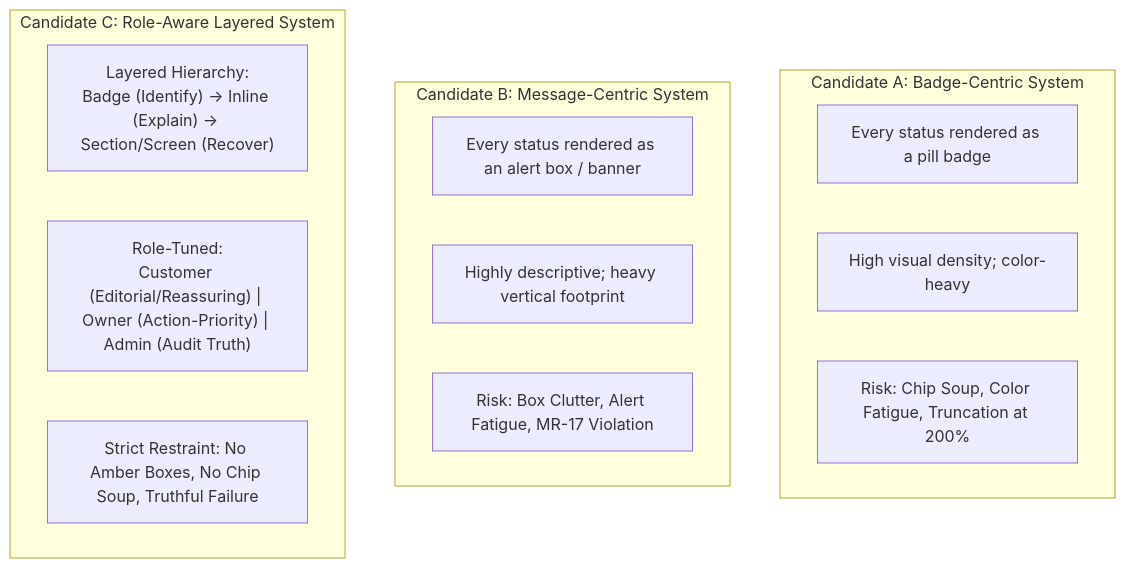
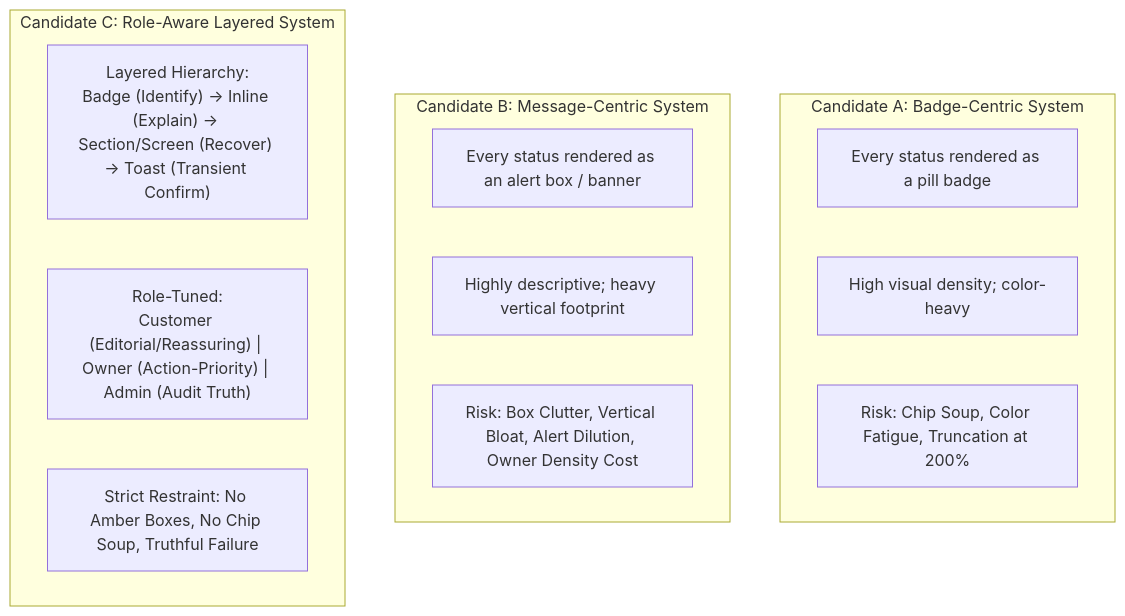
The diagram in DESIGN_SYSTEM/PILOTS/content-state-pilot-01/CONTENT_STATE_EVALUATION.md (Essxm01/KONFRM), drawn with Mermaid before and after one commit. The commit also changed other lines of this file and 11 other files, not shown here.

````diff
--- a/DESIGN_SYSTEM/PILOTS/content-state-pilot-01/CONTENT_STATE_EVALUATION.md
+++ b/DESIGN_SYSTEM/PILOTS/content-state-pilot-01/CONTENT_STATE_EVALUATION.md
@@ -14,20 +14,20 @@
 ```mermaid
 flowchart TD
     subgraph Candidate A [Candidate A: Badge-Centric System]
         A1["Every status rendered as a pill badge"]
         A2["High visual density; color-heavy"]
         A3["Risk: Chip Soup, Color Fatigue, Truncation at 200%"]
     end
 
     subgraph Candidate B [Candidate B: Message-Centric System]
         B1["Every status rendered as an alert box / banner"]
         B2["Highly descriptive; heavy vertical footprint"]
-        B3["Risk: Box Clutter, Alert Fatigue, MR-17 Violation"]
+        B3["Risk: Box Clutter, Vertical Bloat, Alert Dilution, Owner Density Cost"]
     end
 
     subgraph Candidate C [Candidate C: Role-Aware Layered System]
-        C1["Layered Hierarchy:\nBadge (Identify) → Inline (Explain) → Section/Screen (Recover)"]
+        C1["Layered Hierarchy:\nBadge (Identify) → Inline (Explain) → Section/Screen (Recover) → Toast (Transient Confirm)"]
         C2["Role-Tuned:\nCustomer (Editorial/Reassuring) | Owner (Action-Priority) | Admin (Audit Truth)"]
         C3["Strict Restraint: No Amber Boxes, No Chip Soup, Truthful Failure"]
     end
 ```
````
